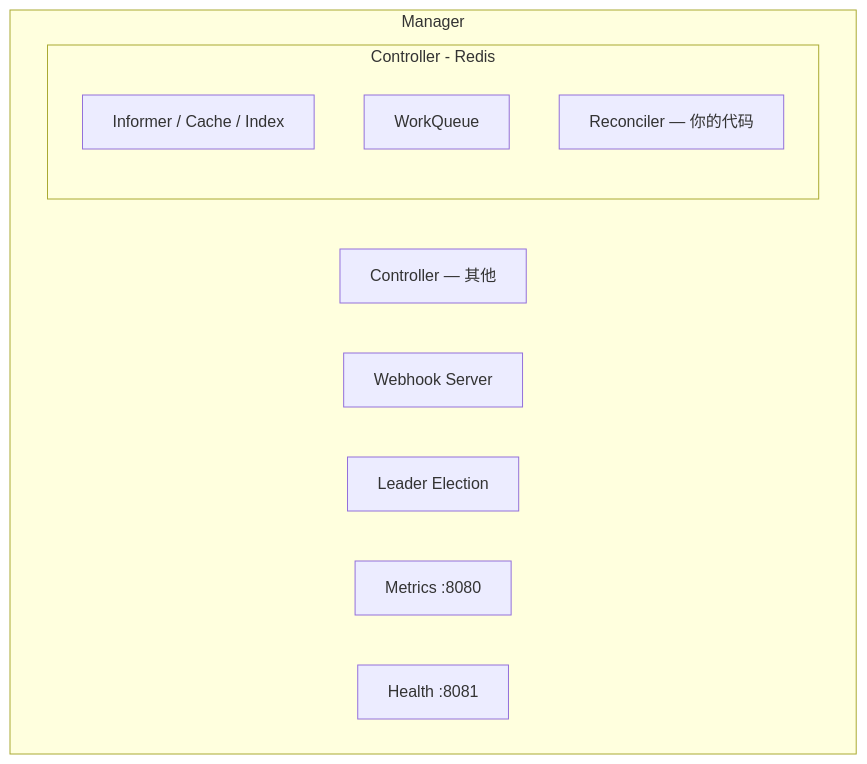
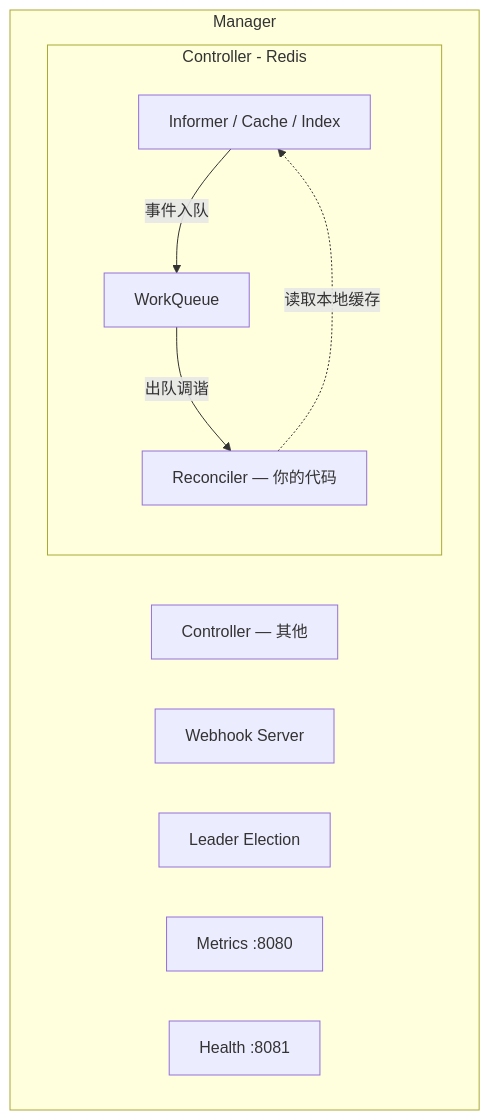
The diagram in 05-kubebuilder-setup.md (Eivs/operator-learning), drawn with Mermaid before and after one commit. The commit also changed 3 other files, not shown here.

Commit message:
fix: improve flowchart readability and enhance API design clarity

````diff
--- a/05-kubebuilder-setup.md
+++ b/05-kubebuilder-setup.md
@@ -284,17 +284,20 @@
 ```mermaid
 flowchart TB
     subgraph Manager[Manager]
         subgraph CtrlRedis[Controller - Redis]
-            Informer[Informer / Cache / Index]
+            InfRedis[Informer / Cache / Index]
             WorkQ[WorkQueue]
             Recon[Reconciler — 你的代码]
+            InfRedis -->|事件入队| WorkQ
+            WorkQ -->|出队调谐| Recon
+            Recon -.->|读取本地缓存| InfRedis
         end
 
         CtrlOther[Controller — 其他]
 
         WebhookSvr[Webhook Server]
         LeaderElec[Leader Election]
         Metrics[Metrics :8080]
         Health[Health :8081]
     end
 ```
````
